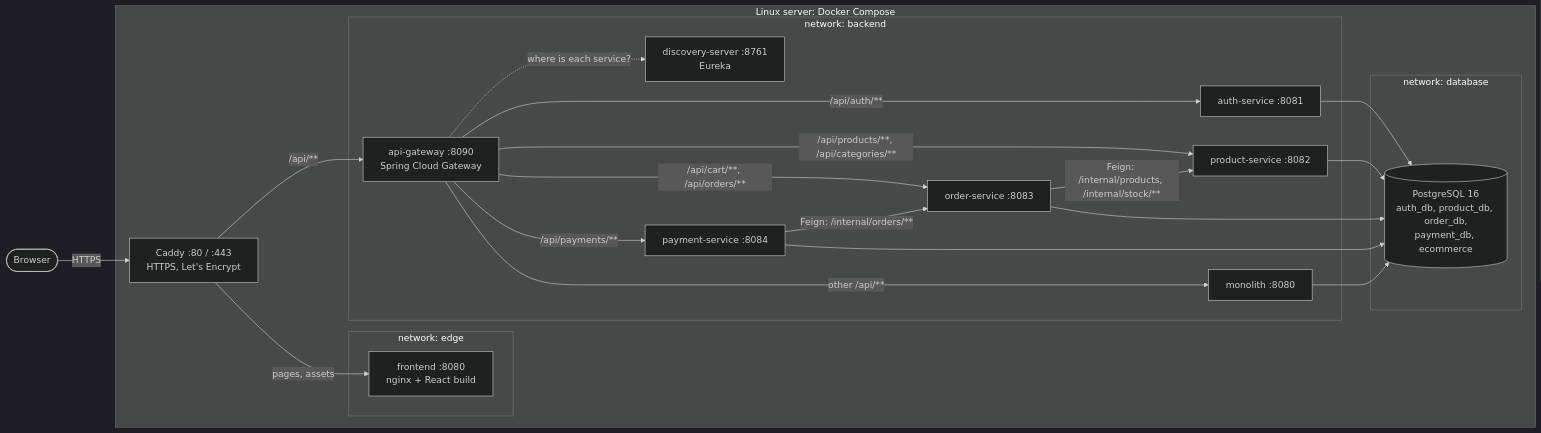
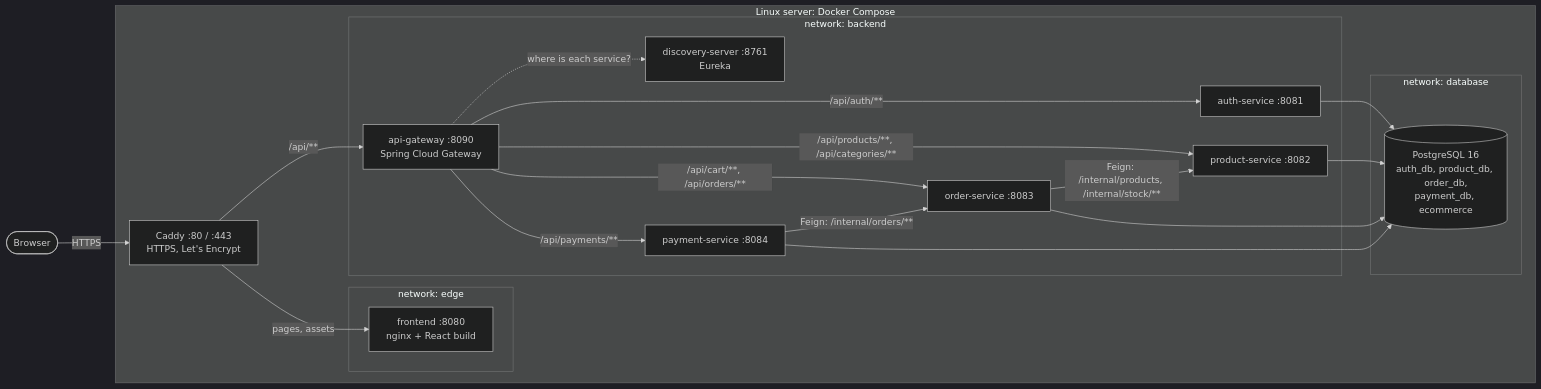
One commit to monssefbaakka/ecommerce-microservices changed the first of 4 diagrams in docs/architecture.md. Above: the diagram before and after it, drawn with Mermaid (dark theme). The commit also changed other lines of this file and 9 other files, not shown here.

````diff
--- a/docs/architecture.md
+++ b/docs/architecture.md
@@ -13,43 +14,40 @@
 ```mermaid
 flowchart LR
     browser([Browser])
 
     subgraph server["Linux server: Docker Compose"]
         caddy["Caddy :80 / :443<br/>HTTPS, Let's Encrypt"]
 
         subgraph edge["network: edge"]
             frontend["frontend :8080<br/>nginx + React build"]
         end
 
         subgraph backend["network: backend"]
             gateway["api-gateway :8090<br/>Spring Cloud Gateway"]
             eureka["discovery-server :8761<br/>Eureka"]
             auth["auth-service :8081"]
             product["product-service :8082"]
             order["order-service :8083"]
             payment["payment-service :8084"]
-            monolith["monolith :8080"]
         end
 
         subgraph database["network: database"]
             postgres[("PostgreSQL 16<br/>auth_db, product_db, order_db,<br/>payment_db, ecommerce")]
         end
     end
 
     browser -- "HTTPS" --> caddy
     caddy -- "pages, assets" --> frontend
     caddy -- "/api/**" --> gateway
     gateway -- "/api/auth/**" --> auth
     gateway -- "/api/products/**, /api/categories/**" --> product
     gateway -- "/api/cart/**, /api/orders/**" --> order
     gateway -- "/api/payments/**" --> payment
-    gateway -- "other /api/**" --> monolith
     gateway -. "where is each service?" .-> eureka
     order -- "Feign: /internal/products, /internal/stock/**" --> product
     payment -- "Feign: /internal/orders/**" --> order
     auth --> postgres
     product --> postgres
     order --> postgres
     payment --> postgres
-    monolith --> postgres
 ```
````
